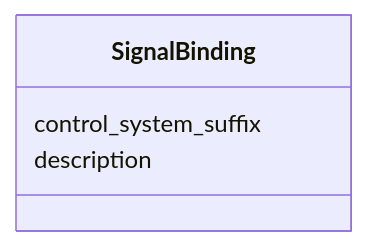
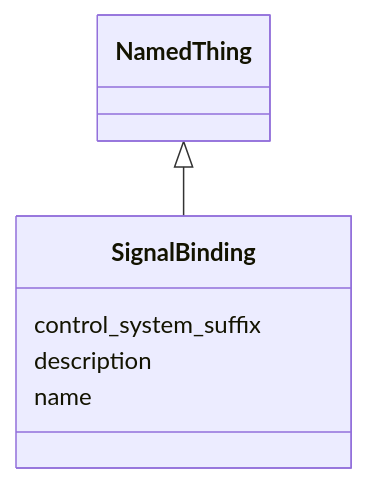
One commit to pals-project/pals-facility-config changed the diagram in docs_narad/SignalBinding.md. Above: the diagram before and after it, drawn with Mermaid. The commit also changed other lines of this file and 126 other files, not shown here.

````diff
--- a/docs_narad/SignalBinding.md
+++ b/docs_narad/SignalBinding.md
@@ -18,10 +18,15 @@
 ```mermaid
  classDiagram
     class SignalBinding
     click SignalBinding href "../SignalBinding/"
+      NamedThing <|-- SignalBinding
+        click NamedThing href "../NamedThing/"
+      
       SignalBinding : control_system_suffix
         
       SignalBinding : description
         
+      SignalBinding : name
+        
       
 ```
````
